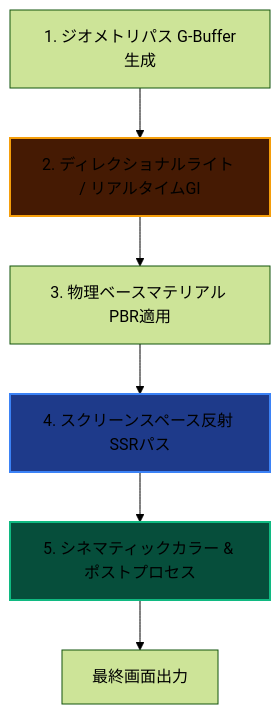
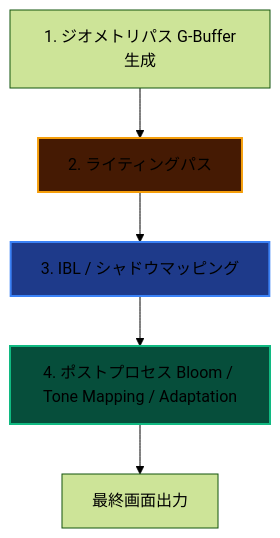
One commit to haru-425/AtmosFiore changed the diagram in Site/src/content/docs/reference/index.mdx. Above: the diagram before and after it, drawn with Mermaid (forest theme). The commit also changed other lines of this file and 13 other files, not shown here.

````diff
--- a/Site/src/content/docs/reference/index.mdx
+++ b/Site/src/content/docs/reference/index.mdx
@@ -19,11 +19,10 @@
 ```mermaid
 graph TD
-    A[1. ジオメトリパス G-Buffer生成] --> B[2. ディレクショナルライト / リアルタイムGI]
-    B --> C[3. 物理ベースマテリアル PBR適用]
-    C --> D[4. スクリーンスペース反射 SSRパス]
-    D --> E[5. シネマティックカラー & ポストプロセス]
-    E --> F[最終画面出力]
+    A[1. ジオメトリパス G-Buffer生成] --> B[2. ライティングパス]
+    B --> C[3. IBL / シャドウマッピング]
+    C --> D[4. ポストプロセス Bloom / Tone Mapping / Adaptation]
+    D --> E[最終画面出力]
     style B fill:#451a03,stroke:#f59e0b,stroke-width:2px
-    style D fill:#1e3a8a,stroke:#3b82f6,stroke-width:2px
-    style E fill:#064e3b,stroke:#10b981,stroke-width:2px
+    style C fill:#1e3a8a,stroke:#3b82f6,stroke-width:2px
+    style D fill:#064e3b,stroke:#10b981,stroke-width:2px
 ```
````
